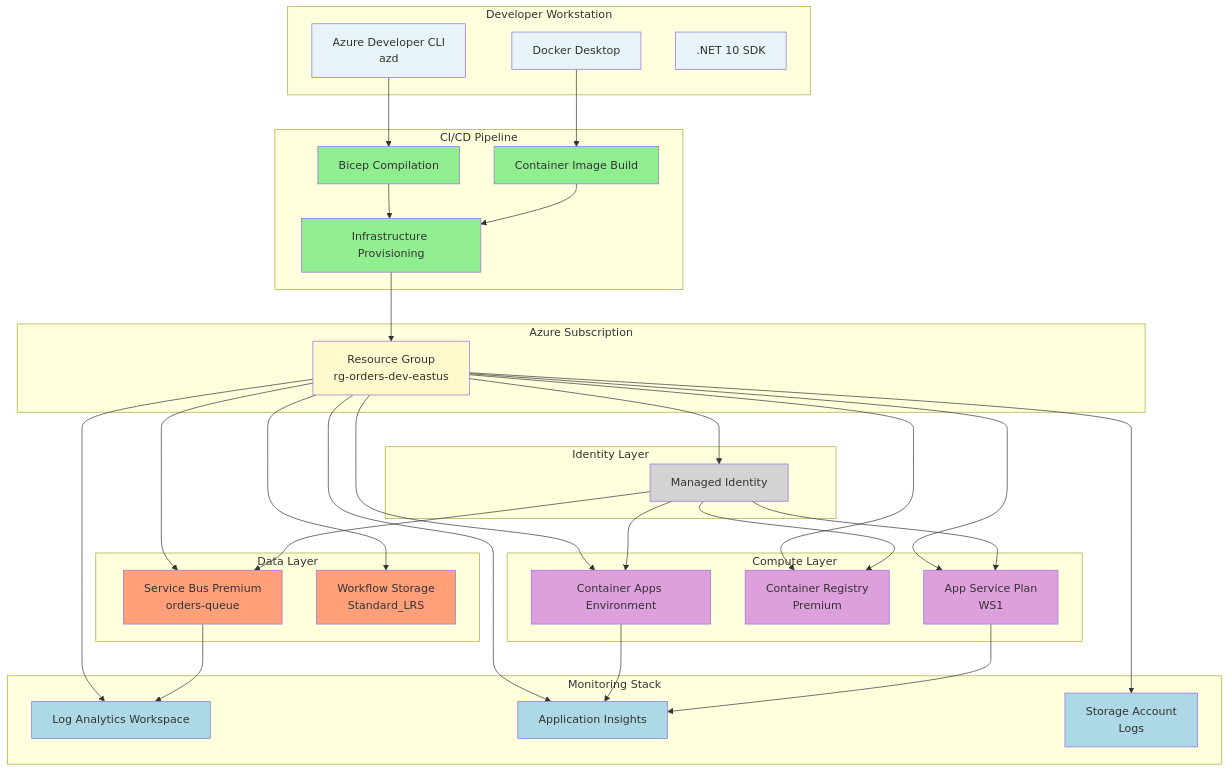
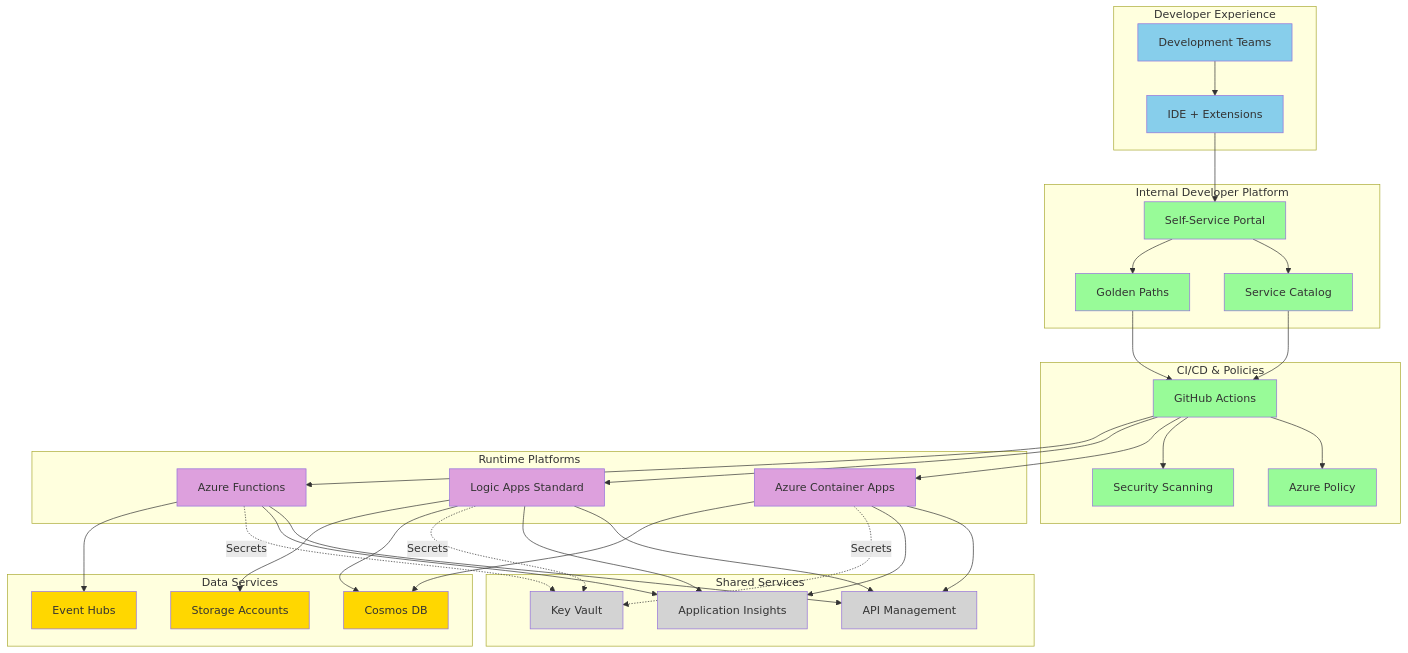
One commit to Evilazaro/Azure-LogicApps-Monitoring changed diagram 12 of 13 in bdat.md. Above: the diagram before and after it, drawn with Mermaid. The commit also changed other lines of this file, not shown here.

Commit message:
Implement feature X to enhance user experience and optimize performance

````diff
--- a/bdat.md
+++ b/bdat.md
@@ -485,81 +724,89 @@
 ```mermaid
-graph TB
-    subgraph "Developer Workstation"
-        A[Azure Developer CLI<br/>azd]
-        B[Docker Desktop]
-        C[.NET 10 SDK]
+flowchart TB
+    subgraph "Developer Experience"
+        DEV[Development Teams]
+        TOOLS[IDE + Extensions]
     end
     
-    subgraph "CI/CD Pipeline"
-        D[Bicep Compilation]
-        E[Container Image Build]
-        F[Infrastructure Provisioning]
+    subgraph "Internal Developer Platform"
+        IDP1[Service Catalog]
+        IDP2[Golden Paths]
+        IDP3[Self-Service Portal]
     end
     
-    subgraph "Azure Subscription"
-        G[Resource Group<br/>rg-orders-dev-eastus]
+    subgraph "CI/CD & Policies"
+        CI[GitHub Actions]
+        POL[Azure Policy]
+        SCAN[Security Scanning]
     end
     
-    subgraph "Monitoring Stack"
-        H[Log Analytics Workspace]
-        I[Application Insights]
-        J[Storage Account<br/>Logs]
+    subgraph "Runtime Platforms"
+        RT1[Azure Container Apps]
+        RT2[Logic Apps Standard]
+        RT3[Azure Functions]
     end
     
-    subgraph "Compute Layer"
-        K[Container Apps Environment]
-        L[Container Registry<br/>Premium]
-        M[App Service Plan<br/>WS1]
+    subgraph "Shared Services"
+        SS1[API Management]
+        SS2[Application Insights]
+        SS3[Key Vault]
     end
     
-    subgraph "Data Layer"
-        N[Service Bus Premium<br/>orders-queue]
-        O[Workflow Storage<br/>Standard_LRS]
+    subgraph "Data Services"
+        DS1[Cosmos DB]
+        DS2[Event Hubs]
+        DS3[Storage Accounts]
     end
     
-    subgraph "Identity Layer"
-        P[Managed Identity]
-    end
+    DEV --> TOOLS
+    TOOLS --> IDP3
     
-    A --> D
-    B --> E
-    D --> F
-    E --> F
-    F --> G
+    IDP3 --> IDP1
+    IDP3 --> IDP2
     
-    G --> H
-    G --> I
-    G --> J
-    G --> K
-    G --> L
-    G --> M
-    G --> N
-    G --> O
-    G --> P
+    IDP1 --> CI
+    IDP2 --> CI
     
-    P --> K
-    P --> L
-    P --> M
-    P --> N
+    CI --> POL
+    CI --> SCAN
     
-    K --> I
-    M --> I
-    N --> H
+    CI --> RT1
+    CI --> RT2
+    CI --> RT3
     
-    style A fill:#E8F4F8
-    style B fill:#E8F4F8
-    style C fill:#E8F4F8
-    style D fill:#90EE90
-    style E fill:#90EE90
-    style F fill:#90EE90
-    style G fill:#FFFACD
-    style H fill:#ADD8E6
-    style I fill:#ADD8E6
-    style J fill:#ADD8E6
-    style K fill:#DDA0DD
-    style L fill:#DDA0DD
-    style M fill:#DDA0DD
-    style N fill:#FFA07A
-    style O fill:#FFA07A
-    style P fill:#D3D3D3
+    RT1 --> SS1
+    RT2 --> SS1
+    RT3 --> SS1
+    
+    RT1 --> SS2
+    RT2 --> SS2
+    RT3 --> SS2
+    
+    RT1 -.->|Secrets| SS3
+    RT2 -.->|Secrets| SS3
+    RT3 -.->|Secrets| SS3
+    
+    RT1 --> DS1
+    RT2 --> DS1
+    RT3 --> DS2
+    
+    RT2 --> DS3
+    
+    style DEV fill:#87CEEB
+    style TOOLS fill:#87CEEB
+    style IDP1 fill:#98FB98
+    style IDP2 fill:#98FB98
+    style IDP3 fill:#98FB98
+    style CI fill:#98FB98
+    style POL fill:#98FB98
+    style SCAN fill:#98FB98
+    style RT1 fill:#DDA0DD
+    style RT2 fill:#DDA0DD
+    style RT3 fill:#DDA0DD
+    style SS1 fill:#D3D3D3
+    style SS2 fill:#D3D3D3
+    style SS3 fill:#D3D3D3
+    style DS1 fill:#FFD700
+    style DS2 fill:#FFD700
+    style DS3 fill:#FFD700
 ```
````
